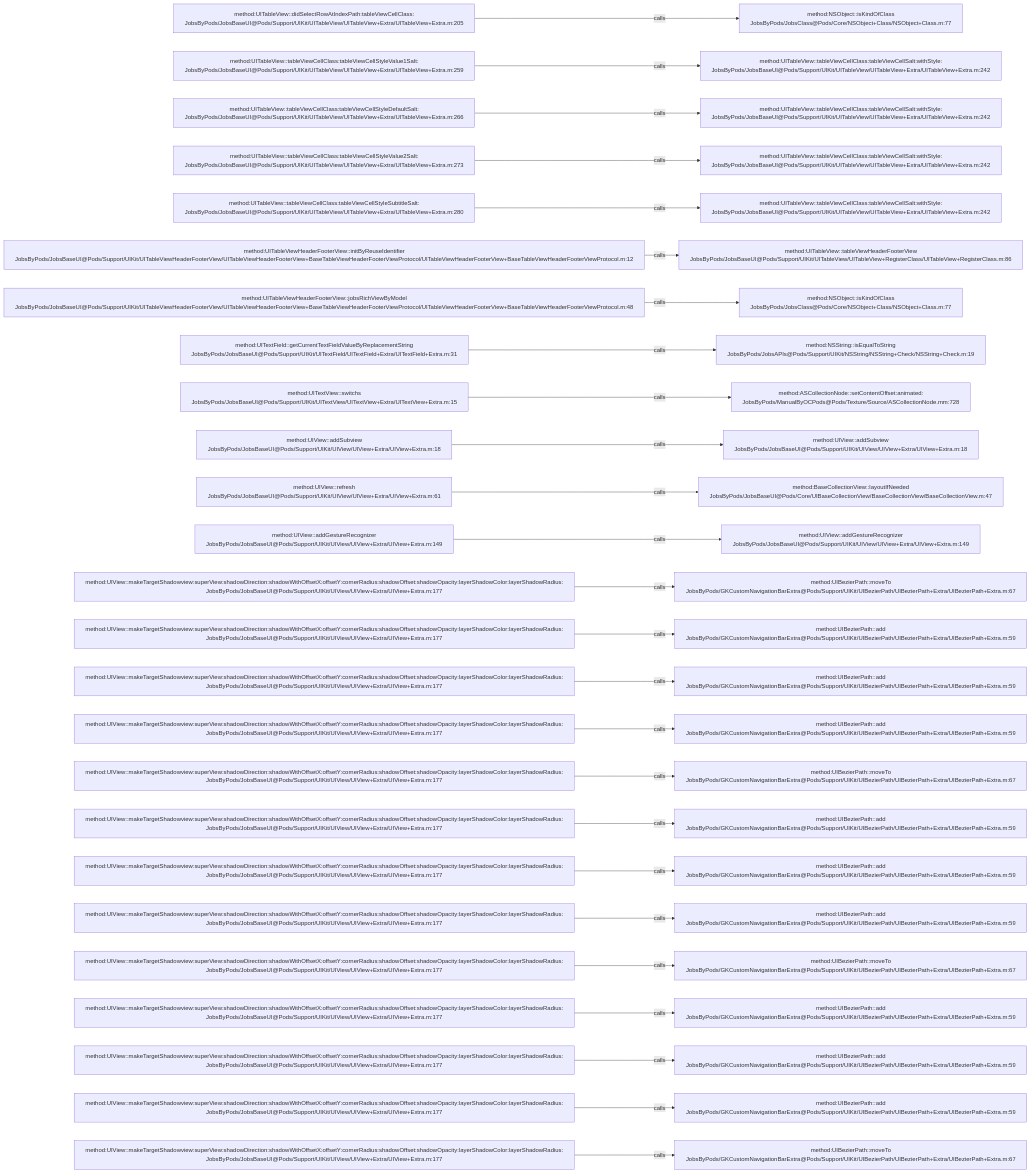
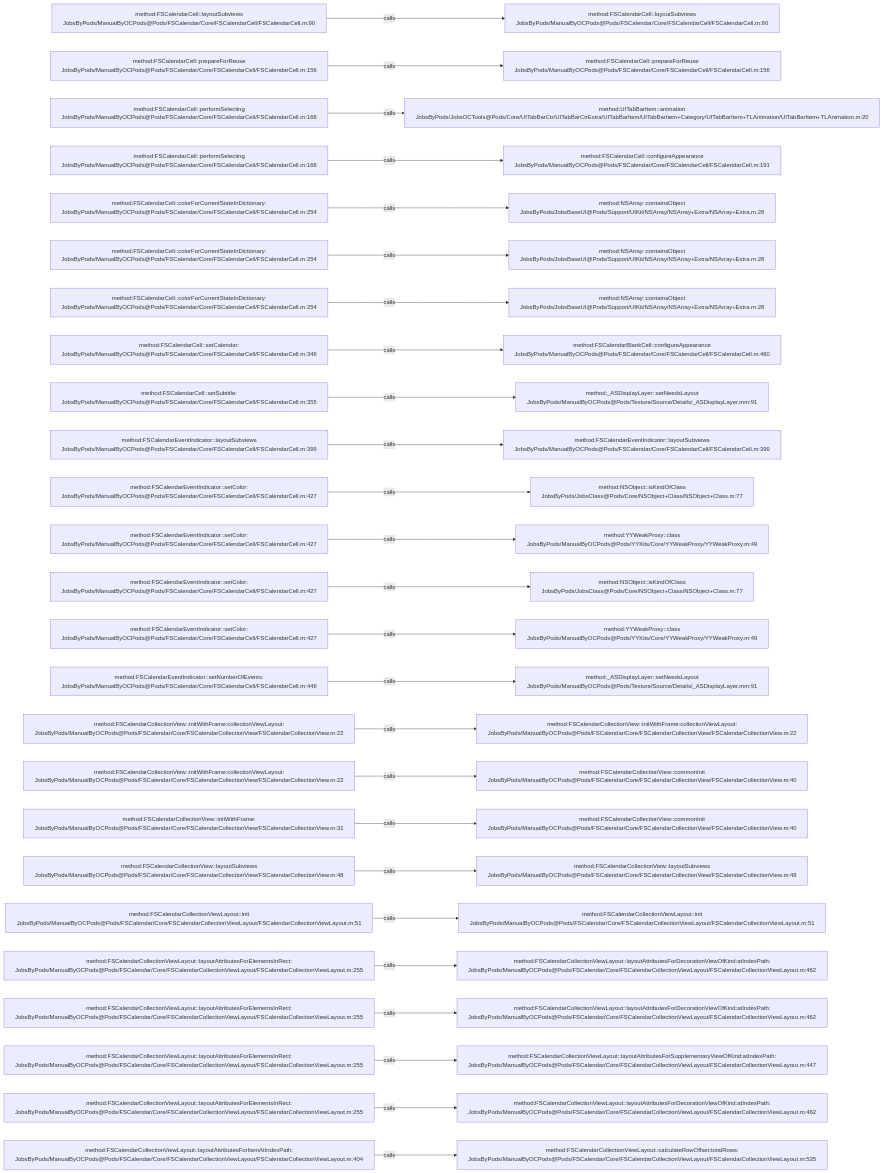
Before and after one commit to JobsKits/JobsOCBaseConfigDemo: the diagram in .codegraph/codegraph.md/graphs/calls-025.md, drawn with Mermaid. The commit also changed 2162 other files, not shown here.

````diff
--- a/.codegraph/codegraph.md/graphs/calls-025.md
+++ b/.codegraph/codegraph.md/graphs/calls-025.md
@@ -13,78 +13,78 @@
 ```mermaid
 flowchart LR
-  S1["method:UITableView::didSelectRowAtIndexPath:tableViewCellClass:<br/>JobsByPods/JobsBaseUI@Pods/Support/UIKit/UITableView/UITableView+Extra/UITableView+Extra.m:205"]
-  T1["method:NSObject::isKindOfClass<br/>JobsByPods/JobsClass@Pods/Core/NSObject+Class/NSObject+Class.m:77"]
+  S1["method:FSCalendarCell::layoutSubviews<br/>JobsByPods/ManualByOCPods@Pods/FSCalendar/Core/FSCalendarCell/FSCalendarCell.m:90"]
+  T1["method:FSCalendarCell::layoutSubviews<br/>JobsByPods/ManualByOCPods@Pods/FSCalendar/Core/FSCalendarCell/FSCalendarCell.m:90"]
   S1 -->|calls| T1
-  S2["method:UITableView::tableViewCellClass:tableViewCellStyleValue1Salt:<br/>JobsByPods/JobsBaseUI@Pods/Support/UIKit/UITableView/UITableView+Extra/UITableView+Extra.m:259"]
-  T2["method:UITableView::tableViewCellClass:tableViewCellSalt:withStyle:<br/>JobsByPods/JobsBaseUI@Pods/Support/UIKit/UITableView/UITableView+Extra/UITableView+Extra.m:242"]
+  S2["method:FSCalendarCell::prepareForReuse<br/>JobsByPods/ManualByOCPods@Pods/FSCalendar/Core/FSCalendarCell/FSCalendarCell.m:156"]
+  T2["method:FSCalendarCell::prepareForReuse<br/>JobsByPods/ManualByOCPods@Pods/FSCalendar/Core/FSCalendarCell/FSCalendarCell.m:156"]
   S2 -->|calls| T2
-  S3["method:UITableView::tableViewCellClass:tableViewCellStyleDefaultSalt:<br/>JobsByPods/JobsBaseUI@Pods/Support/UIKit/UITableView/UITableView+Extra/UITableView+Extra.m:266"]
-  T3["method:UITableView::tableViewCellClass:tableViewCellSalt:withStyle:<br/>JobsByPods/JobsBaseUI@Pods/Support/UIKit/UITableView/UITableView+Extra/UITableView+Extra.m:242"]
+  S3["method:FSCalendarCell::performSelecting<br/>JobsByPods/ManualByOCPods@Pods/FSCalendar/Core/FSCalendarCell/FSCalendarCell.m:168"]
+  T3["method:UITabBarItem::animation<br/>JobsByPods/JobsOCTools@Pods/Core/UITabBarCtr/UITabBarCtrExtra/UITabBarItem/UITabBarItem+Category/UITabBarItem+TLAnimation/UITabBarItem+TLAnimation.m:20"]
   S3 -->|calls| T3
-  S4["method:UITableView::tableViewCellClass:tableViewCellStyleValue2Salt:<br/>JobsByPods/JobsBaseUI@Pods/Support/UIKit/UITableView/UITableView+Extra/UITableView+Extra.m:273"]
-  T4["method:UITableView::tableViewCellClass:tableViewCellSalt:withStyle:<br/>JobsByPods/JobsBaseUI@Pods/Support/UIKit/UITableView/UITableView+Extra/UITableView+Extra.m:242"]
+  S4["method:FSCalendarCell::performSelecting<br/>JobsByPods/ManualByOCPods@Pods/FSCalendar/Core/FSCalendarCell/FSCalendarCell.m:168"]
+  T4["method:FSCalendarCell::configureAppearance<br/>JobsByPods/ManualByOCPods@Pods/FSCalendar/Core/FSCalendarCell/FSCalendarCell.m:191"]
   S4 -->|calls| T4
-  S5["method:UITableView::tableViewCellClass:tableViewCellStyleSubtitleSalt:<br/>JobsByPods/JobsBaseUI@Pods/Support/UIKit/UITableView/UITableView+Extra/UITableView+Extra.m:280"]
-  T5["method:UITableView::tableViewCellClass:tableViewCellSalt:withStyle:<br/>JobsByPods/JobsBaseUI@Pods/Support/UIKit/UITableView/UITableView+Extra/UITableView+Extra.m:242"]
+  S5["method:FSCalendarCell::colorForCurrentStateInDictionary:<br/>JobsByPods/ManualByOCPods@Pods/FSCalendar/Core/FSCalendarCell/FSCalendarCell.m:254"]
+  T5["method:NSArray::containsObject<br/>JobsByPods/JobsBaseUI@Pods/Support/UIKit/NSArray/NSArray+Extra/NSArray+Extra.m:28"]
   S5 -->|calls| T5
-  S6["method:UITableViewHeaderFooterView::initByReuseIdentifier<br/>JobsByPods/JobsBaseUI@Pods/Support/UIKit/UITableViewHeaderFooterView/UITableViewHeaderFooterView+BaseTableViewHeaderFooterViewProtocol/UITableViewHeaderFooterView+BaseTableViewHeaderFooterViewProtocol.m:12"]
-  T6["method:UITableView::tableViewHeaderFooterView<br/>JobsByPods/JobsBaseUI@Pods/Support/UIKit/UITableView/UITableView+RegisterClass/UITableView+RegisterClass.m:86"]
+  S6["method:FSCalendarCell::colorForCurrentStateInDictionary:<br/>JobsByPods/ManualByOCPods@Pods/FSCalendar/Core/FSCalendarCell/FSCalendarCell.m:254"]
+  T6["method:NSArray::containsObject<br/>JobsByPods/JobsBaseUI@Pods/Support/UIKit/NSArray/NSArray+Extra/NSArray+Extra.m:28"]
   S6 -->|calls| T6
-  S7["method:UITableViewHeaderFooterView::jobsRichViewByModel<br/>JobsByPods/JobsBaseUI@Pods/Support/UIKit/UITableViewHeaderFooterView/UITableViewHeaderFooterView+BaseTableViewHeaderFooterViewProtocol/UITableViewHeaderFooterView+BaseTableViewHeaderFooterViewProtocol.m:48"]
-  T7["method:NSObject::isKindOfClass<br/>JobsByPods/JobsClass@Pods/Core/NSObject+Class/NSObject+Class.m:77"]
+  S7["method:FSCalendarCell::colorForCurrentStateInDictionary:<br/>JobsByPods/ManualByOCPods@Pods/FSCalendar/Core/FSCalendarCell/FSCalendarCell.m:254"]
+  T7["method:NSArray::containsObject<br/>JobsByPods/JobsBaseUI@Pods/Support/UIKit/NSArray/NSArray+Extra/NSArray+Extra.m:28"]
   S7 -->|calls| T7
-  S8["method:UITextField::getCurrentTextFieldValueByReplacementString<br/>JobsByPods/JobsBaseUI@Pods/Support/UIKit/UITextField/UITextField+Extra/UITextField+Extra.m:31"]
-  T8["method:NSString::isEqualToString<br/>JobsByPods/JobsAPIs@Pods/Support/UIKit/NSString/NSString+Check/NSString+Check.m:19"]
+  S8["method:FSCalendarCell::setCalendar:<br/>JobsByPods/ManualByOCPods@Pods/FSCalendar/Core/FSCalendarCell/FSCalendarCell.m:346"]
+  T8["method:FSCalendarBlankCell::configureAppearance<br/>JobsByPods/ManualByOCPods@Pods/FSCalendar/Core/FSCalendarCell/FSCalendarCell.m:460"]
   S8 -->|calls| T8
-  S9["method:UITextView::switchs<br/>JobsByPods/JobsBaseUI@Pods/Support/UIKit/UITextView/UITextView+Extra/UITextView+Extra.m:15"]
-  T9["method:ASCollectionNode::setContentOffset:animated:<br/>JobsByPods/ManualByOCPods@Pods/Texture/Source/ASCollectionNode.mm:728"]
+  S9["method:FSCalendarCell::setSubtitle:<br/>JobsByPods/ManualByOCPods@Pods/FSCalendar/Core/FSCalendarCell/FSCalendarCell.m:355"]
+  T9["method:_ASDisplayLayer::setNeedsLayout<br/>JobsByPods/ManualByOCPods@Pods/Texture/Source/Details/_ASDisplayLayer.mm:91"]
   S9 -->|calls| T9
-  S10["method:UIView::addSubview<br/>JobsByPods/JobsBaseUI@Pods/Support/UIKit/UIView/UIView+Extra/UIView+Extra.m:18"]
-  T10["method:UIView::addSubview<br/>JobsByPods/JobsBaseUI@Pods/Support/UIKit/UIView/UIView+Extra/UIView+Extra.m:18"]
+  S10["method:FSCalendarEventIndicator::layoutSubviews<br/>JobsByPods/ManualByOCPods@Pods/FSCalendar/Core/FSCalendarCell/FSCalendarCell.m:399"]
+  T10["method:FSCalendarEventIndicator::layoutSubviews<br/>JobsByPods/ManualByOCPods@Pods/FSCalendar/Core/FSCalendarCell/FSCalendarCell.m:399"]
   S10 -->|calls| T10
-  S11["method:UIView::refresh<br/>JobsByPods/JobsBaseUI@Pods/Support/UIKit/UIView/UIView+Extra/UIView+Extra.m:61"]
-  T11["method:BaseCollectionView::layoutIfNeeded<br/>JobsByPods/JobsBaseUI@Pods/Core/UIBaseCollectionView/BaseCollectionView/BaseCollectionView.m:47"]
+  S11["method:FSCalendarEventIndicator::setColor:<br/>JobsByPods/ManualByOCPods@Pods/FSCalendar/Core/FSCalendarCell/FSCalendarCell.m:427"]
+  T11["method:NSObject::isKindOfClass<br/>JobsByPods/JobsClass@Pods/Core/NSObject+Class/NSObject+Class.m:77"]
   S11 -->|calls| T11
-  S12["method:UIView::addGestureRecognizer<br/>JobsByPods/JobsBaseUI@Pods/Support/UIKit/UIView/UIView+Extra/UIView+Extra.m:149"]
-  T12["method:UIView::addGestureRecognizer<br/>JobsByPods/JobsBaseUI@Pods/Support/UIKit/UIView/UIView+Extra/UIView+Extra.m:149"]
+  S12["method:FSCalendarEventIndicator::setColor:<br/>JobsByPods/ManualByOCPods@Pods/FSCalendar/Core/FSCalendarCell/FSCalendarCell.m:427"]
+  T12["method:YYWeakProxy::class<br/>JobsByPods/ManualByOCPods@Pods/YYKits/Core/YYWeakProxy/YYWeakProxy.m:49"]
   S12 -->|calls| T12
-  S13["method:UIView::makeTargetShadowview:superView:shadowDirection:shadowWithOffsetX:offsetY:cornerRadius:shadowOffset:shadowOpacity:layerShadowColor:layerShadowRadius:<br/>JobsByPods/JobsBaseUI@Pods/Support/UIKit/UIView/UIView+Extra/UIView+Extra.m:177"]
-  T13["method:UIBezierPath::moveTo<br/>JobsByPods/GKCustomNavigationBarExtra@Pods/Support/UIKit/UIBezierPath/UIBezierPath+Extra/UIBezierPath+Extra.m:67"]
+  S13["method:FSCalendarEventIndicator::setColor:<br/>JobsByPods/ManualByOCPods@Pods/FSCalendar/Core/FSCalendarCell/FSCalendarCell.m:427"]
+  T13["method:NSObject::isKindOfClass<br/>JobsByPods/JobsClass@Pods/Core/NSObject+Class/NSObject+Class.m:77"]
   S13 -->|calls| T13
-  S14["method:UIView::makeTargetShadowview:superView:shadowDirection:shadowWithOffsetX:offsetY:cornerRadius:shadowOffset:shadowOpacity:layerShadowColor:layerShadowRadius:<br/>JobsByPods/JobsBaseUI@Pods/Support/UIKit/UIView/UIView+Extra/UIView+Extra.m:177"]
-  T14["method:UIBezierPath::add<br/>JobsByPods/GKCustomNavigationBarExtra@Pods/Support/UIKit/UIBezierPath/UIBezierPath+Extra/UIBezierPath+Extra.m:59"]
+  S14["method:FSCalendarEventIndicator::setColor:<br/>JobsByPods/ManualByOCPods@Pods/FSCalendar/Core/FSCalendarCell/FSCalendarCell.m:427"]
+  T14["method:YYWeakProxy::class<br/>JobsByPods/ManualByOCPods@Pods/YYKits/Core/YYWeakProxy/YYWeakProxy.m:49"]
   S14 -->|calls| T14
-  S15["method:UIView::makeTargetShadowview:superView:shadowDirection:shadowWithOffsetX:offsetY:cornerRadius:shadowOffset:shadowOpacity:layerShadowColor:layerShadowRadius:<br/>JobsByPods/JobsBaseUI@Pods/Support/UIKit/UIView/UIView+Extra/UIView+Extra.m:177"]
-  T15["method:UIBezierPath::add<br/>JobsByPods/GKCustomNavigationBarExtra@Pods/Support/UIKit/UIBezierPath/UIBezierPath+Extra/UIBezierPath+Extra.m:59"]
+  S15["method:FSCalendarEventIndicator::setNumberOfEvents:<br/>JobsByPods/ManualByOCPods@Pods/FSCalendar/Core/FSCalendarCell/FSCalendarCell.m:448"]
+  T15["method:_ASDisplayLayer::setNeedsLayout<br/>JobsByPods/ManualByOCPods@Pods/Texture/Source/Details/_ASDisplayLayer.mm:91"]
   S15 -->|calls| T15
-  S16["method:UIView::makeTargetShadowview:superView:shadowDirection:shadowWithOffsetX:offsetY:cornerRadius:shadowOffset:shadowOpacity:layerShadowColor:layerShadowRadius:<br/>JobsByPods/JobsBaseUI@Pods/Support/UIKit/UIView/UIView+Extra/UIView+Extra.m:177"]
-  T16["method:UIBezierPath::add<br/>JobsByPods/GKCustomNavigationBarExtra@Pods/Support/UIKit/UIBezierPath/UIBezierPath+Extra/UIBezierPath+Extra.m:59"]
+  S16["method:FSCalendarCollectionView::initWithFrame:collectionViewLayout:<br/>JobsByPods/ManualByOCPods@Pods/FSCalendar/Core/FSCalendarCollectionView/FSCalendarCollectionView.m:22"]
+  T16["method:FSCalendarCollectionView::initWithFrame:collectionViewLayout:<br/>JobsByPods/ManualByOCPods@Pods/FSCalendar/Core/FSCalendarCollectionView/FSCalendarCollectionView.m:22"]
   S16 -->|calls| T16
-  S17["method:UIView::makeTargetShadowview:superView:shadowDirection:shadowWithOffsetX:offsetY:cornerRadius:shadowOffset:shadowOpacity:layerShadowColor:layerShadowRadius:<br/>JobsByPods/JobsBaseUI@Pods/Support/UIKit/UIView/UIView+Extra/UIView+Extra.m:177"]
-  T17["method:UIBezierPath::moveTo<br/>JobsByPods/GKCustomNavigationBarExtra@Pods/Support/UIKit/UIBezierPath/UIBezierPath+Extra/UIBezierPath+Extra.m:67"]
+  S17["method:FSCalendarCollectionView::initWithFrame:collectionViewLayout:<br/>JobsByPods/ManualByOCPods@Pods/FSCalendar/Core/FSCalendarCollectionView/FSCalendarCollectionView.m:22"]
+  T17["method:FSCalendarCollectionView::commonInit<br/>JobsByPods/ManualByOCPods@Pods/FSCalendar/Core/FSCalendarCollectionView/FSCalendarCollectionView.m:40"]
   S17 -->|calls| T17
-  S18["method:UIView::makeTargetShadowview:superView:shadowDirection:shadowWithOffsetX:offsetY:cornerRadius:shadowOffset:shadowOpacity:layerShadowColor:layerShadowRadius:<br/>JobsByPods/JobsBaseUI@Pods/Support/UIKit/UIView/UIView+Extra/UIView+Extra.m:177"]
-  T18["method:UIBezierPath::add<br/>JobsByPods/GKCustomNavigationBarExtra@Pods/Support/UIKit/UIBezierPath/UIBezierPath+Extra/UIBezierPath+Extra.m:59"]
+  S18["method:FSCalendarCollectionView::initWithFrame:<br/>JobsByPods/ManualByOCPods@Pods/FSCalendar/Core/FSCalendarCollectionView/FSCalendarCollectionView.m:31"]
+  T18["method:FSCalendarCollectionView::commonInit<br/>JobsByPods/ManualByOCPods@Pods/FSCalendar/Core/FSCalendarCollectionView/FSCalendarCollectionView.m:40"]
   S18 -->|calls| T18
-  S19["method:UIView::makeTargetShadowview:superView:shadowDirection:shadowWithOffsetX:offsetY:cornerRadius:shadowOffset:shadowOpacity:layerShadowColor:layerShadowRadius:<br/>JobsByPods/JobsBaseUI@Pods/Support/UIKit/UIView/UIView+Extra/UIView+Extra.m:177"]
-  T19["method:UIBezierPath::add<br/>JobsByPods/GKCustomNavigationBarExtra@Pods/Support/UIKit/UIBezierPath/UIBezierPath+Extra/UIBezierPath+Extra.m:59"]
+  S19["method:FSCalendarCollectionView::layoutSubviews<br/>JobsByPods/ManualByOCPods@Pods/FSCalendar/Core/FSCalendarCollectionView/FSCalendarCollectionView.m:48"]
+  T19["method:FSCalendarCollectionView::layoutSubviews<br/>JobsByPods/ManualByOCPods@Pods/FSCalendar/Core/FSCalendarCollectionView/FSCalendarCollectionView.m:48"]
   S19 -->|calls| T19
-  S20["method:UIView::makeTargetShadowview:superView:shadowDirection:shadowWithOffsetX:offsetY:cornerRadius:shadowOffset:shadowOpacity:layerShadowColor:layerShadowRadius:<br/>JobsByPods/JobsBaseUI@Pods/Support/UIKit/UIView/UIView+Extra/UIView+Extra.m:177"]
-  T20["method:UIBezierPath::add<br/>JobsByPods/GKCustomNavigationBarExtra@Pods/Support/UIKit/UIBezierPath/UIBezierPath+Extra/UIBezierPath+Extra.m:59"]
+  S20["method:FSCalendarCollectionViewLayout::init<br/>JobsByPods/ManualByOCPods@Pods/FSCalendar/Core/FSCalendarCollectionViewLayout/FSCalendarCollectionViewLayout.m:51"]
+  T20["method:FSCalendarCollectionViewLayout::init<br/>JobsByPods/ManualByOCPods@Pods/FSCalendar/Core/FSCalendarCollectionViewLayout/FSCalendarCollectionViewLayout.m:51"]
   S20 -->|calls| T20
-  S21["method:UIView::makeTargetShadowview:superView:shadowDirection:shadowWithOffsetX:offsetY:cornerRadius:shadowOffset:shadowOpacity:layerShadowColor:layerShadowRadius:<br/>JobsByPods/JobsBaseUI@Pods/Support/UIKit/UIView/UIView+Extra/UIView+Extra.m:177"]
-  T21["method:UIBezierPath::moveTo<br/>JobsByPods/GKCustomNavigationBarExtra@Pods/Support/UIKit/UIBezierPath/UIBezierPath+Extra/UIBezierPath+Extra.m:67"]
+  S21["method:FSCalendarCollectionViewLayout::layoutAttributesForElementsInRect:<br/>JobsByPods/ManualByOCPods@Pods/FSCalendar/Core/FSCalendarCollectionViewLayout/FSCalendarCollectionViewLayout.m:255"]
+  T21["method:FSCalendarCollectionViewLayout::layoutAttributesForDecorationViewOfKind:atIndexPath:<br/>JobsByPods/ManualByOCPods@Pods/FSCalendar/Core/FSCalendarCollectionViewLayout/FSCalendarCollectionViewLayout.m:462"]
   S21 -->|calls| T21
-  S22["method:UIView::makeTargetShadowview:superView:shadowDirection:shadowWithOffsetX:offsetY:cornerRadius:shadowOffset:shadowOpacity:layerShadowColor:layerShadowRadius:<br/>JobsByPods/JobsBaseUI@Pods/Support/UIKit/UIView/UIView+Extra/UIView+Extra.m:177"]
-  T22["method:UIBezierPath::add<br/>JobsByPods/GKCustomNavigationBarExtra@Pods/Support/UIKit/UIBezierPath/UIBezierPath+Extra/UIBezierPath+Extra.m:59"]
+  S22["method:FSCalendarCollectionViewLayout::layoutAttributesForElementsInRect:<br/>JobsByPods/ManualByOCPods@Pods/FSCalendar/Core/FSCalendarCollectionViewLayout/FSCalendarCollectionViewLayout.m:255"]
+  T22["method:FSCalendarCollectionViewLayout::layoutAttributesForDecorationViewOfKind:atIndexPath:<br/>JobsByPods/ManualByOCPods@Pods/FSCalendar/Core/FSCalendarCollectionViewLayout/FSCalendarCollectionViewLayout.m:462"]
   S22 -->|calls| T22
-  S23["method:UIView::makeTargetShadowview:superView:shadowDirection:shadowWithOffsetX:offsetY:cornerRadius:shadowOffset:shadowOpacity:layerShadowColor:layerShadowRadius:<br/>JobsByPods/JobsBaseUI@Pods/Support/UIKit/UIView/UIView+Extra/UIView+Extra.m:177"]
-  T23["method:UIBezierPath::add<br/>JobsByPods/GKCustomNavigationBarExtra@Pods/Support/UIKit/UIBezierPath/UIBezierPath+Extra/UIBezierPath+Extra.m:59"]
+  S23["method:FSCalendarCollectionViewLayout::layoutAttributesForElementsInRect:<br/>JobsByPods/ManualByOCPods@Pods/FSCalendar/Core/FSCalendarCollectionViewLayout/FSCalendarCollectionViewLayout.m:255"]
+  T23["method:FSCalendarCollectionViewLayout::layoutAttributesForSupplementaryViewOfKind:atIndexPath:<br/>JobsByPods/ManualByOCPods@Pods/FSCalendar/Core/FSCalendarCollectionViewLayout/FSCalendarCollectionViewLayout.m:447"]
   S23 -->|calls| T23
-  S24["method:UIView::makeTargetShadowview:superView:shadowDirection:shadowWithOffsetX:offsetY:cornerRadius:shadowOffset:shadowOpacity:layerShadowColor:layerShadowRadius:<br/>JobsByPods/JobsBaseUI@Pods/Support/UIKit/UIView/UIView+Extra/UIView+Extra.m:177"]
-  T24["method:UIBezierPath::add<br/>JobsByPods/GKCustomNavigationBarExtra@Pods/Support/UIKit/UIBezierPath/UIBezierPath+Extra/UIBezierPath+Extra.m:59"]
+  S24["method:FSCalendarCollectionViewLayout::layoutAttributesForElementsInRect:<br/>JobsByPods/ManualByOCPods@Pods/FSCalendar/Core/FSCalendarCollectionViewLayout/FSCalendarCollectionViewLayout.m:255"]
+  T24["method:FSCalendarCollectionViewLayout::layoutAttributesForDecorationViewOfKind:atIndexPath:<br/>JobsByPods/ManualByOCPods@Pods/FSCalendar/Core/FSCalendarCollectionViewLayout/FSCalendarCollectionViewLayout.m:462"]
   S24 -->|calls| T24
-  S25["method:UIView::makeTargetShadowview:superView:shadowDirection:shadowWithOffsetX:offsetY:cornerRadius:shadowOffset:shadowOpacity:layerShadowColor:layerShadowRadius:<br/>JobsByPods/JobsBaseUI@Pods/Support/UIKit/UIView/UIView+Extra/UIView+Extra.m:177"]
-  T25["method:UIBezierPath::moveTo<br/>JobsByPods/GKCustomNavigationBarExtra@Pods/Support/UIKit/UIBezierPath/UIBezierPath+Extra/UIBezierPath+Extra.m:67"]
+  S25["method:FSCalendarCollectionViewLayout::layoutAttributesForItemAtIndexPath:<br/>JobsByPods/ManualByOCPods@Pods/FSCalendar/Core/FSCalendarCollectionViewLayout/FSCalendarCollectionViewLayout.m:404"]
+  T25["method:FSCalendarCollectionViewLayout::calculateRowOffset:totalRows:<br/>JobsByPods/ManualByOCPods@Pods/FSCalendar/Core/FSCalendarCollectionViewLayout/FSCalendarCollectionViewLayout.m:535"]
   S25 -->|calls| T25
 ```
````
